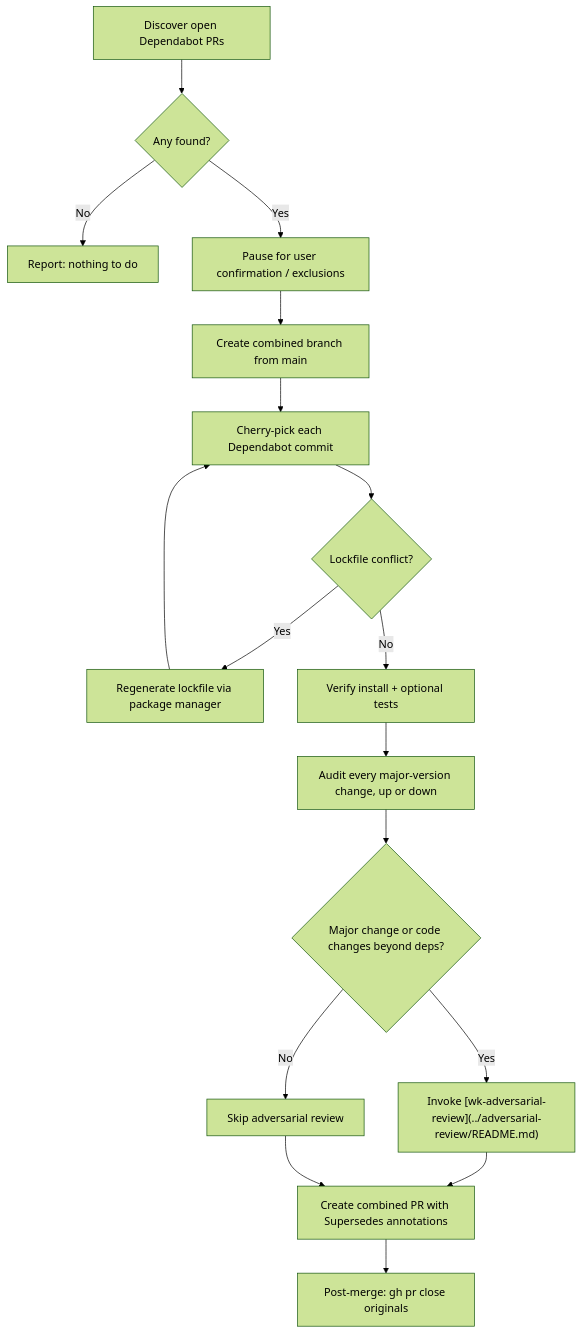
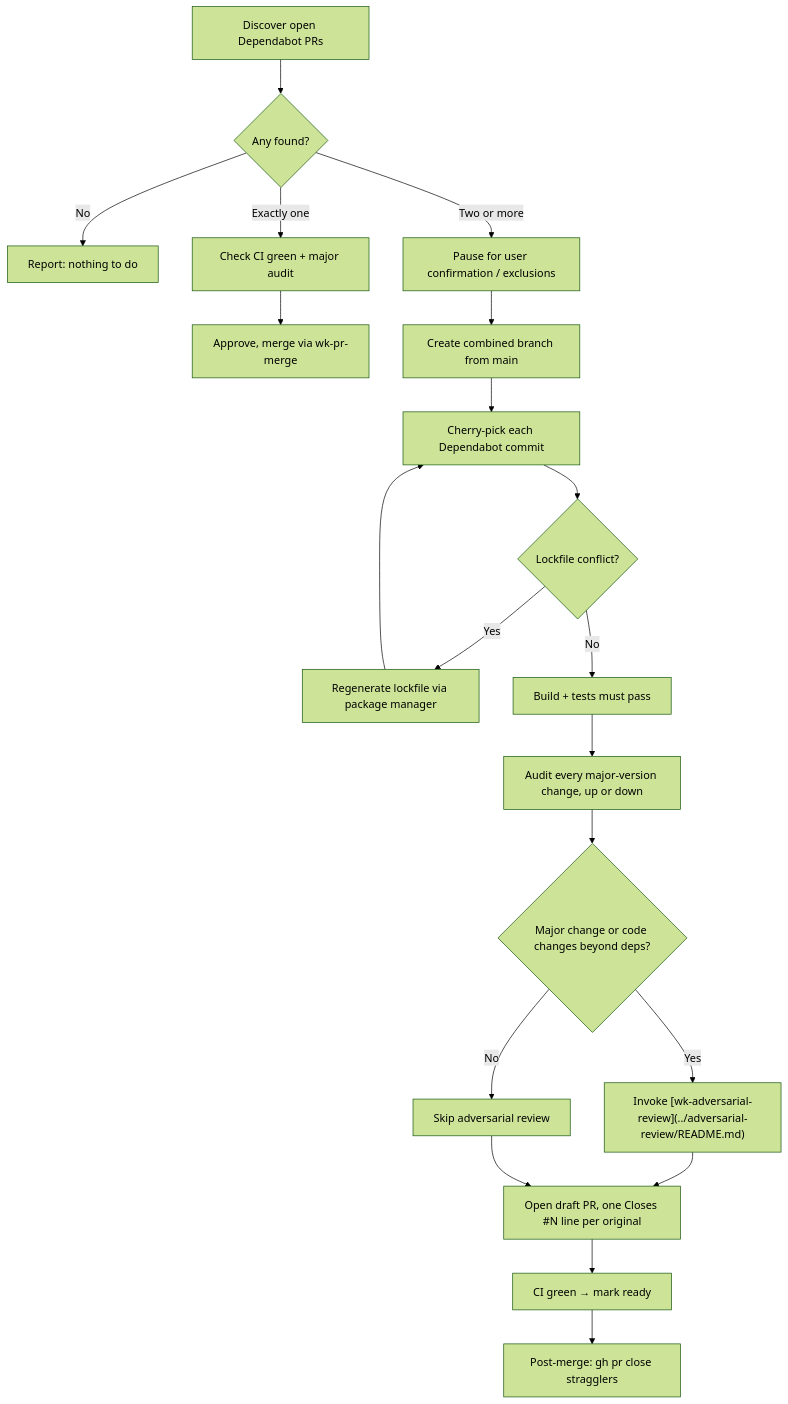
One commit to whizzzkid/skills changed the diagram in skills/renovate/README.md. Above: the diagram before and after it, drawn with Mermaid (forest theme). The commit also changed other lines of this file and 4 other files, not shown here.

First line of the commit message:
feat(renovate): ✨ single-PR approve-and-merge path and CI-gated combined PR

````diff
--- a/skills/renovate/README.md
+++ b/skills/renovate/README.md
@@ -24,19 +25,22 @@
 ```mermaid
 flowchart TD
     A[Discover open Dependabot PRs] --> B{Any found?}
     B -- No --> Z[Report: nothing to do]
-    B -- Yes --> B2[Pause for user confirmation / exclusions]
+    B -- Exactly one --> S1[Check CI green + major audit]
+    S1 --> S2[Approve, merge via wk-pr-merge]
+    B -- Two or more --> B2[Pause for user confirmation / exclusions]
     B2 --> C[Create combined branch from main]
     C --> D[Cherry-pick each Dependabot commit]
     D --> E{Lockfile conflict?}
     E -- Yes --> F[Regenerate lockfile via package manager]
     F --> D
-    E -- No --> G[Verify install + optional tests]
+    E -- No --> G[Build + tests must pass]
     G --> G2[Audit every major-version change, up or down]
     G2 --> H{Major change or code changes beyond deps?}
     H -- Yes --> I["Invoke [wk-adversarial-review](../adversarial-review/README.md)"]
     H -- No --> J[Skip adversarial review]
-    I --> K[Create combined PR with Supersedes annotations]
+    I --> K[Open draft PR, one Closes #N line per original]
     J --> K
-    K --> L[Post-merge: gh pr close originals]
+    K --> K2[CI green → mark ready]
+    K2 --> L[Post-merge: gh pr close stragglers]
 ```
````
